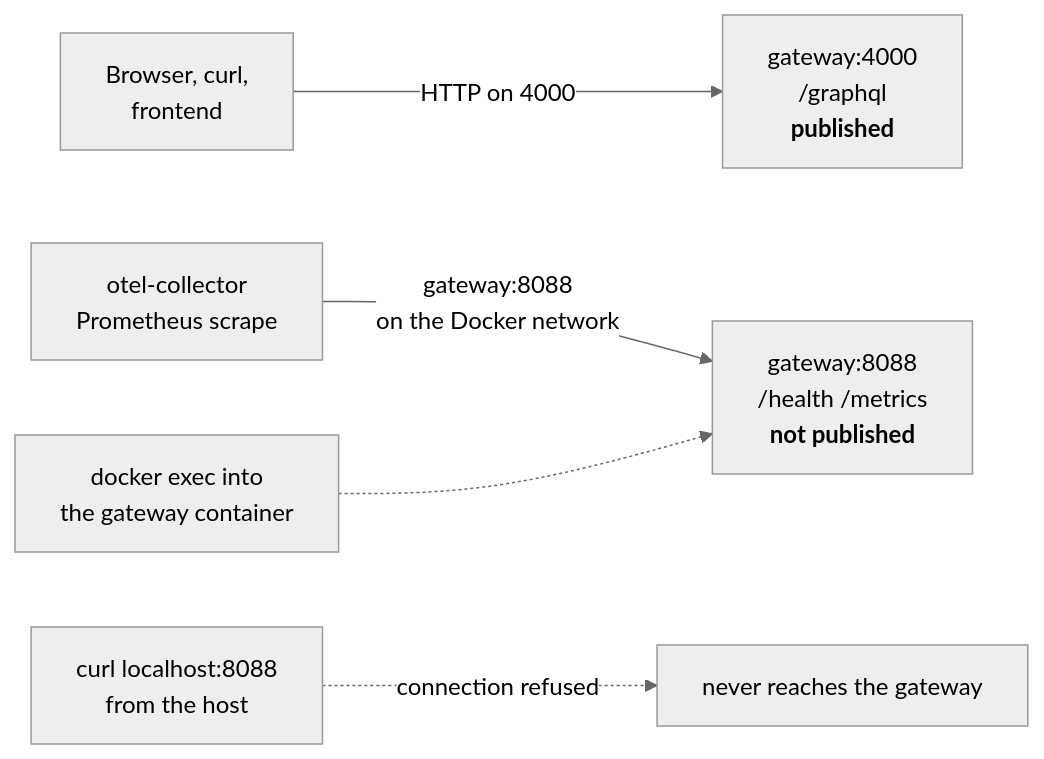
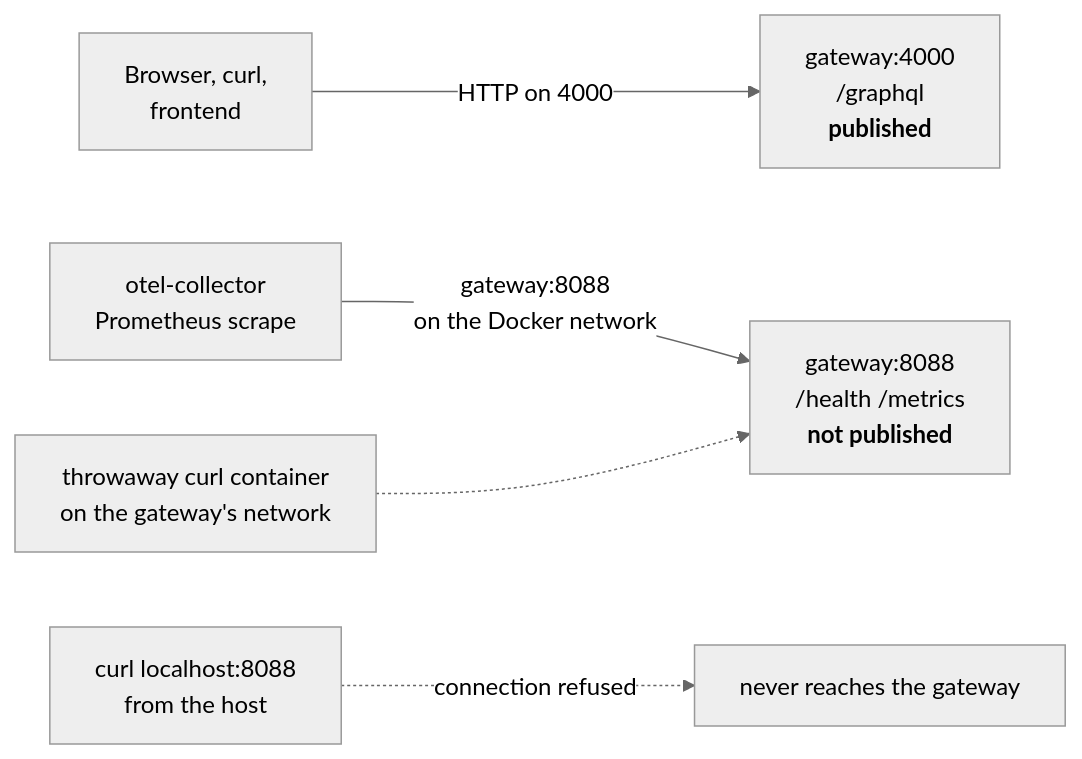
The diagram in gateway/docs/operations/health-and-observability.md (kunalPisolkar24/topos), drawn with Mermaid (neutral theme) before and after one commit. The commit also changed other lines of this file and 7 other files, not shown here.

````diff
--- a/gateway/docs/operations/health-and-observability.md
+++ b/gateway/docs/operations/health-and-observability.md
@@ -14,7 +14,7 @@
 ```mermaid
 flowchart LR
   B["Browser, curl,<br/>frontend"] -->|"HTTP on 4000"| P4["gateway:4000<br/>/graphql<br/><b>published</b>"]
   OC["otel-collector<br/>Prometheus scrape"] -->|"gateway:8088<br/>on the Docker network"| P8["gateway:8088<br/>/health  /metrics<br/><b>not published</b>"]
-  DE["docker exec into<br/>the gateway container"] -.-> P8
+  DE["throwaway curl container<br/>on the gateway's network"] -.-> P8
   HC["curl localhost:8088<br/>from the host"] -.->|"connection refused"| NR["never reaches the gateway"]
 ```
````
